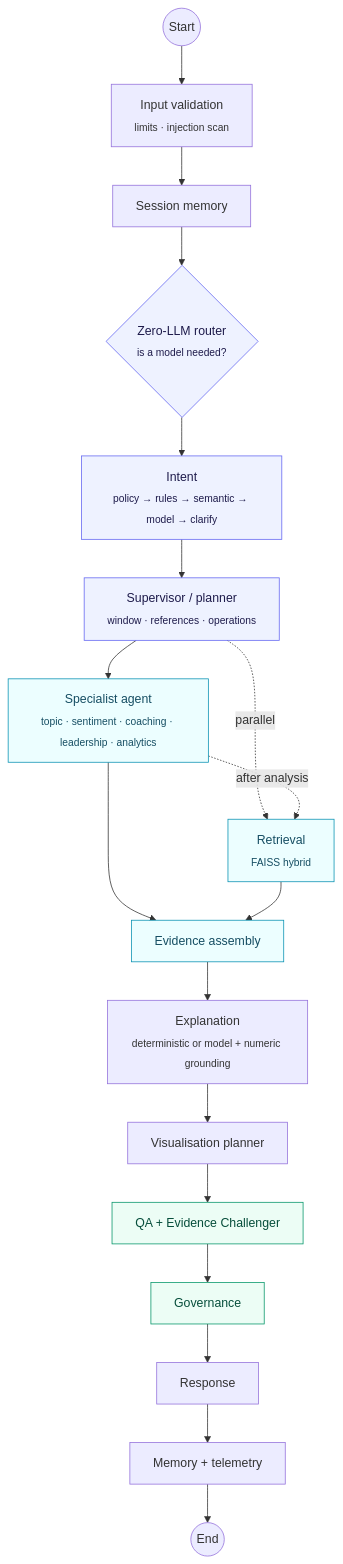
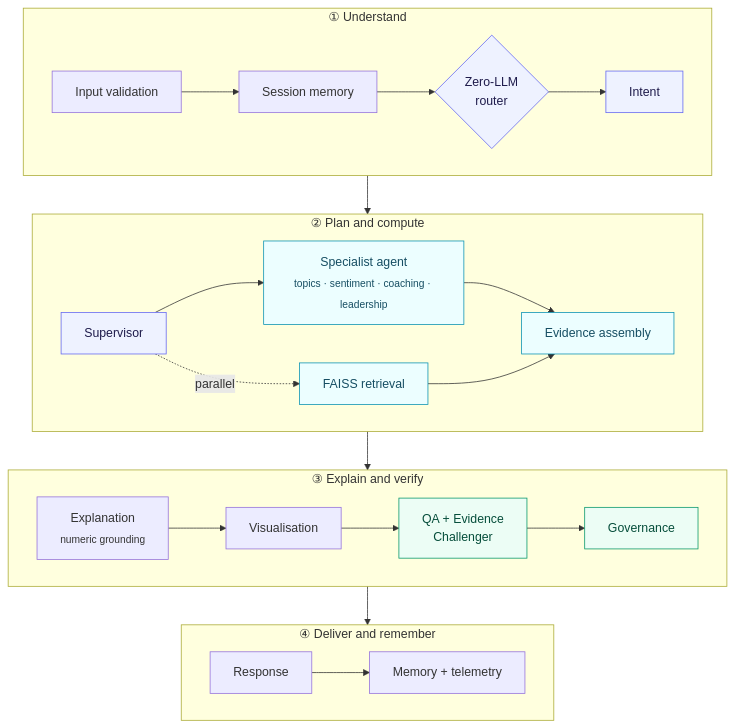
The second of 6 diagrams in conversation-intelligence-copilot/README.md (florina787/Data-sets), drawn with Mermaid before and after one commit. The commit also changed other lines of this file and 15 other files, not shown here.

First line of the commit message:
Redesign README: demo GIF, focused screenshots, staged agent graph, IDE setup

````diff
--- a/conversation-intelligence-copilot/README.md
+++ b/conversation-intelligence-copilot/README.md
@@ -159,27 +200,28 @@
 ```mermaid
-flowchart TD
-    S((Start)) --> IV[Input validation<br/><sub>limits · injection scan</sub>]
-    IV --> SC[Session memory]
-    SC --> RT{Zero-LLM router<br/><sub>is a model needed?</sub>}
-    RT --> IN[Intent<br/><sub>policy → rules → semantic → model → clarify</sub>]
-    IN --> SUP[Supervisor / planner<br/><sub>window · references · operations</sub>]
-    SUP --> SPEC[Specialist agent<br/><sub>topic · sentiment · coaching · leadership · analytics</sub>]
-    SUP -.parallel.-> RET[Retrieval<br/><sub>FAISS hybrid</sub>]
-    SPEC -.after analysis.-> RET
-    SPEC --> EV[Evidence assembly]
-    RET --> EV
-    EV --> EX[Explanation<br/><sub>deterministic or model + numeric grounding</sub>]
-    EX --> VZ[Visualisation planner]
-    VZ --> QA[QA + Evidence Challenger]
-    QA --> GOV[Governance]
-    GOV --> RS[Response]
-    RS --> MT[Memory + telemetry]
-    MT --> E((End))
+flowchart TB
+    subgraph S1 ["① Understand"]
+        direction LR
+        IV[Input validation] --> SC[Session memory] --> RT{Zero-LLM<br/>router} --> IN[Intent]
+    end
+    subgraph S2 ["② Plan and compute"]
+        direction LR
+        SUP[Supervisor] --> SPEC[Specialist agent<br/><sub>topics · sentiment · coaching · leadership</sub>] --> EV[Evidence assembly]
+        SUP -. parallel .-> RET[FAISS retrieval] --> EV
+    end
+    subgraph S3 ["③ Explain and verify"]
+        direction LR
+        EX[Explanation<br/><sub>numeric grounding</sub>] --> VZ[Visualisation] --> QA[QA + Evidence<br/>Challenger] --> GOV[Governance]
+    end
+    subgraph S4 ["④ Deliver and remember"]
+        direction LR
+        RS[Response] --> MT[Memory + telemetry]
+    end
+    S1 --> S2 --> S3 --> S4
 
     classDef gate fill:#eef2ff,stroke:#6366f1,color:#1e1b4b
     classDef data fill:#ecfeff,stroke:#0891b2,color:#164e63
     classDef check fill:#ecfdf5,stroke:#059669,color:#064e3b
     class RT,IN,SUP gate
     class SPEC,RET,EV data
     class QA,GOV check
 ```
````
